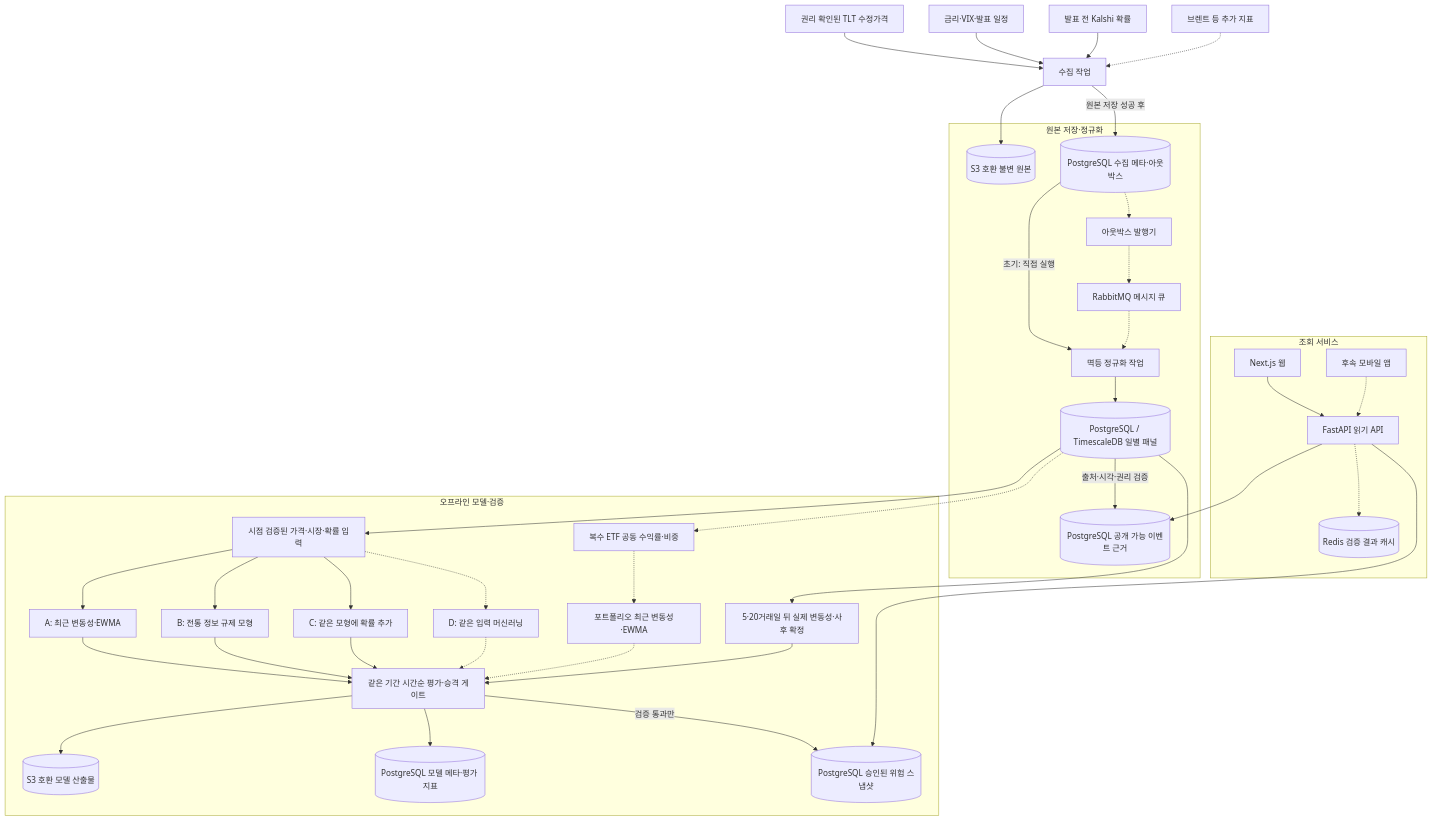
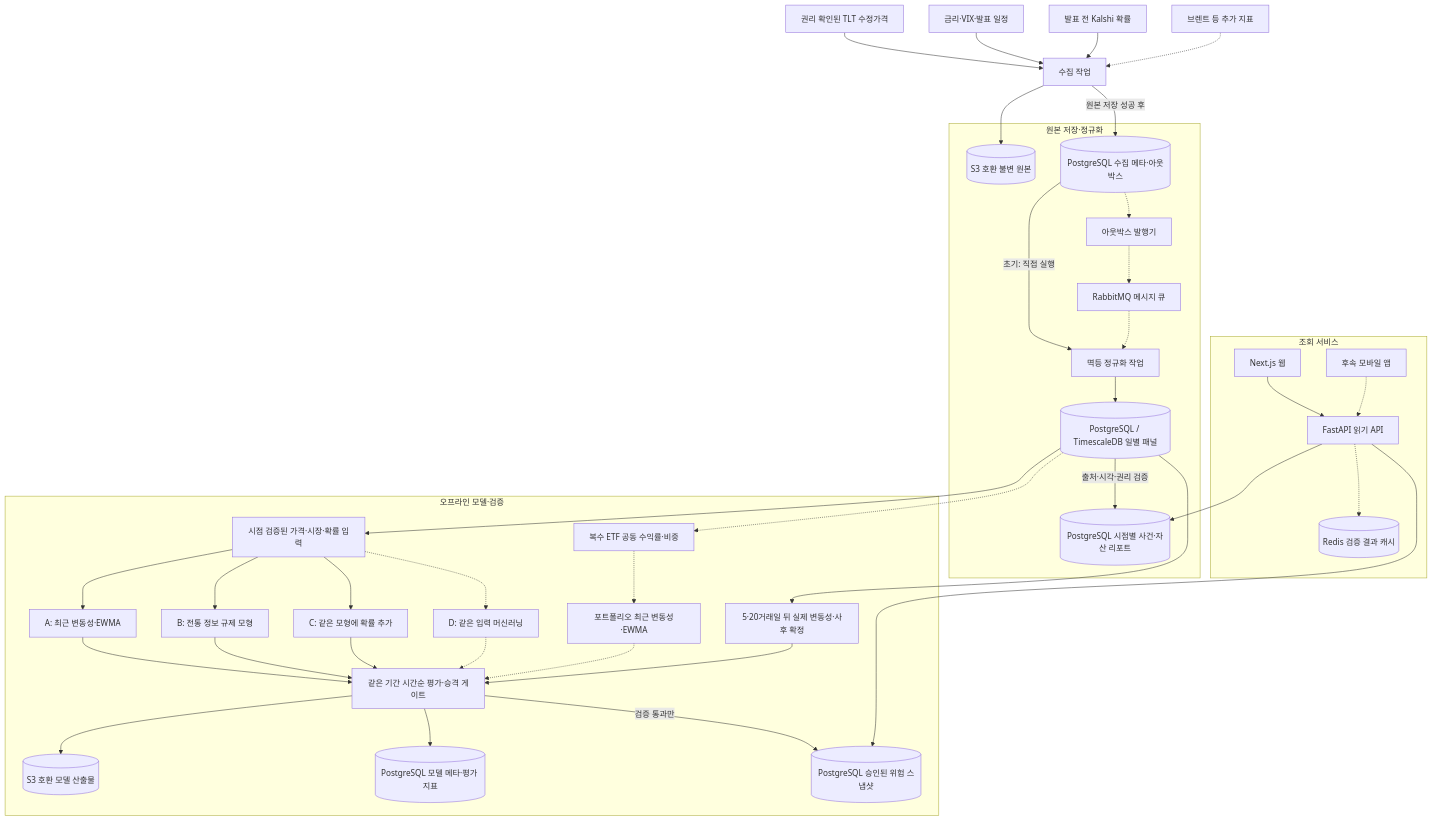
Before and after one commit to AnDev77/ShockGarph_AI: the first of 2 diagrams in docs/architecture.md, drawn with Mermaid. The commit also changed other lines of this file and 9 other files, not shown here.

````diff
--- a/docs/architecture.md
+++ b/docs/architecture.md
@@ -12,64 +12,64 @@
 ```mermaid
 flowchart TB
     S["권리 확인된 TLT 수정가격"] --> C["수집 작업"]
     O["금리·VIX·발표 일정"] --> C
     K["발표 전 Kalshi 확률"] --> C
     BRENT["브렌트 등 추가 지표"] -.-> C
 
     subgraph DATA["원본 저장·정규화"]
         RAW[("S3 호환 불변 원본")]
         META[("PostgreSQL 수집 메타·아웃박스")]
         PUB["아웃박스 발행기"]
         MQ["RabbitMQ 메시지 큐"]
         N["멱등 정규화 작업"]
         PANEL[("PostgreSQL / TimescaleDB 일별 패널")]
-        EVID[("PostgreSQL 공개 가능 이벤트 근거")]
+        EVID[("PostgreSQL 시점별 사건·자산 리포트")]
     end
     C --> RAW
     C -->|원본 저장 성공 후| META
     META -->|초기: 직접 실행| N
     META -.-> PUB
     PUB -.-> MQ
     MQ -.-> N
     N --> PANEL
     PANEL -->|출처·시각·권리 검증| EVID
 
     subgraph MODEL["오프라인 모델·검증"]
         F["시점 검증된 가격·시장·확률 입력"]
         L["5·20거래일 뒤 실제 변동성·사후 확정"]
         B["A: 최근 변동성·EWMA"]
         M["B: 전통 정보 규제 모형"]
         PC["C: 같은 모형에 확률 추가"]
         ML["D: 같은 입력 머신러닝"]
         P["복수 ETF 공동 수익률·비중"]
         PB["포트폴리오 최근 변동성·EWMA"]
         E["같은 기간 시간순 평가·승격 게이트"]
         ART[("S3 호환 모델 산출물")]
         REG[("PostgreSQL 모델 메타·평가 지표")]
         SNAP[("PostgreSQL 승인된 위험 스냅샷")]
     end
     PANEL --> F
     PANEL --> L
     F --> B --> E
     F --> M --> E
     F --> PC --> E
     F -.-> ML -.-> E
     PANEL -.-> P
     P -.-> PB -.-> E
     L --> E
     E --> ART
     E --> REG
     E -->|검증 통과만| SNAP
 
     subgraph SERVE["조회 서비스"]
         WEB["Next.js 웹"]
         APP["후속 모바일 앱"]
         API["FastAPI 읽기 API"]
         CACHE[("Redis 검증 결과 캐시")]
     end
     WEB --> API
     APP -.-> API
     API --> SNAP
     API --> EVID
     API -.-> CACHE
 ```
````
